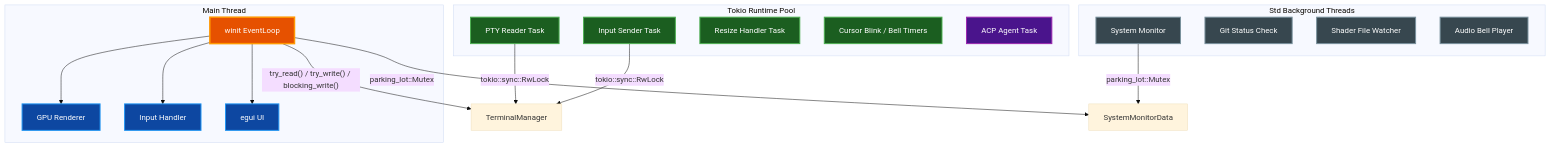
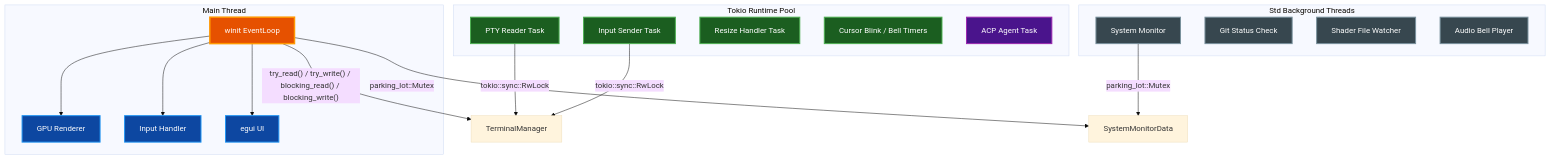
Before and after one commit to paulrobello/par-term: the diagram in docs/architecture/CONCURRENCY.md, drawn with Mermaid (base theme). The commit also changed 3 other files, not shown here.

First line of the commit message:
docs: sync LOGGING + architecture docs to impl

````diff
--- a/docs/architecture/CONCURRENCY.md
+++ b/docs/architecture/CONCURRENCY.md
@@ -35,45 +35,45 @@
 ```mermaid
 graph TD
     subgraph "Main Thread"
         EventLoop[winit EventLoop]
         Render[GPU Renderer]
         Input[Input Handler]
         EguiUI[egui UI]
     end
 
     subgraph "Tokio Runtime Pool"
         PTYReader[PTY Reader Task]
         InputSender[Input Sender Task]
         ResizeHandler[Resize Handler Task]
         Timers[Cursor Blink / Bell Timers]
         AgentTask[ACP Agent Task]
     end
 
     subgraph "Std Background Threads"
         SystemMonitor[System Monitor]
         GitCheck[Git Status Check]
         ShaderWatcher[Shader File Watcher]
         AudioBell[Audio Bell Player]
     end
 
     EventLoop --> Render
     EventLoop --> Input
     EventLoop --> EguiUI
     PTYReader -- "tokio::sync::RwLock" --> TerminalManager
     InputSender -- "tokio::sync::RwLock" --> TerminalManager
-    EventLoop -- "try_read() / try_write() / blocking_write()" --> TerminalManager
+    EventLoop -- "try_read() / try_write() / blocking_read() / blocking_write()" --> TerminalManager
     SystemMonitor -- "parking_lot::Mutex" --> SystemMonitorData
     EventLoop -- "parking_lot::Mutex" --> SystemMonitorData
 
     classDef primary fill:#e65100,stroke:#ff9800,stroke-width:3px,color:#ffffff
     classDef active fill:#1b5e20,stroke:#4caf50,stroke-width:2px,color:#ffffff
     classDef external fill:#4a148c,stroke:#9c27b0,stroke-width:2px,color:#ffffff
     classDef neutral fill:#37474f,stroke:#78909c,stroke-width:2px,color:#ffffff
     classDef info fill:#0d47a1,stroke:#2196f3,stroke-width:2px,color:#ffffff
 
     class EventLoop primary
     class PTYReader,InputSender,ResizeHandler,Timers active
     class AgentTask external
     class SystemMonitor,GitCheck,ShaderWatcher,AudioBell neutral
     class Render,Input,EguiUI info
 ```
````
